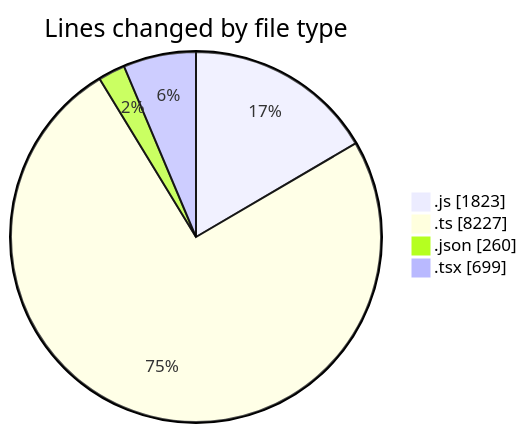
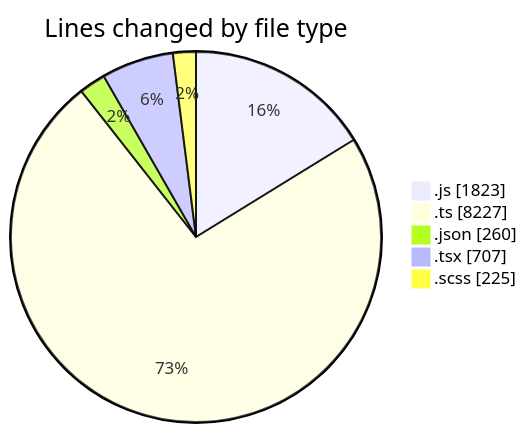
The first of 2 diagrams in 2026-04-08/cda/README.md (momahboobian/code-tracking), drawn with Mermaid before and after one commit. The commit also changed other lines of this file and 1 other file, not shown here.

````diff
--- a/2026-04-08/cda/README.md
+++ b/2026-04-08/cda/README.md
@@ -31,8 +32,9 @@
 ```mermaid
 pie showData
 title Lines changed by file type
 ".js" : 1823
 ".ts" : 8227
 ".json" : 260
-".tsx" : 699
+".tsx" : 707
+".scss" : 225
 ```
````
